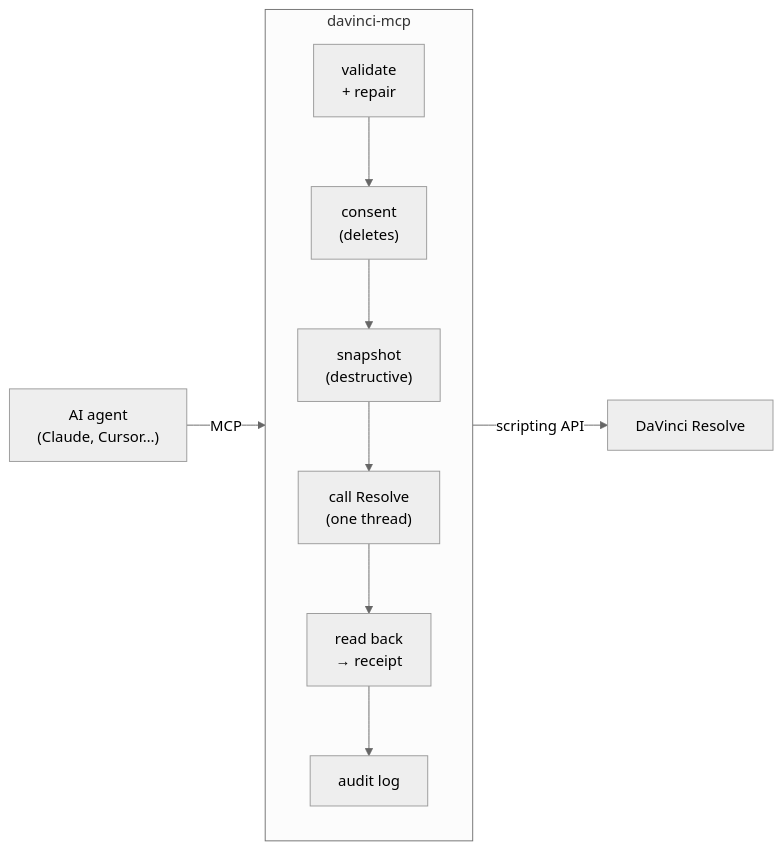
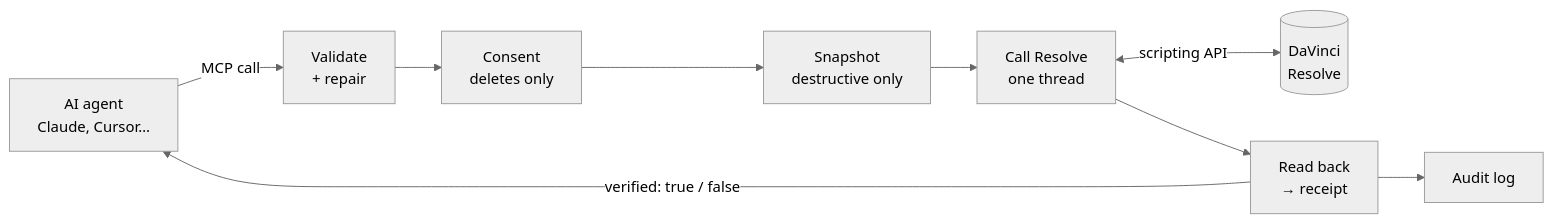
Before and after one commit to Aedelon/davinci-mcp: the diagram in README.md, drawn with Mermaid (neutral theme).

Commit message:
docs: simpler architecture diagram that renders on GitHub

````diff
--- a/README.md
+++ b/README.md
@@ -111,9 +111,11 @@
 ```mermaid
 flowchart LR
-    A["AI agent<br/>(Claude, Cursor…)"] -- MCP --> S["davinci-mcp"]
-    subgraph S["davinci-mcp"]
-      direction TB
-      V["validate<br/>+ repair"] --> C["consent<br/>(deletes)"] --> N["snapshot<br/>(destructive)"] --> X["call Resolve<br/>(one thread)"] --> R["read back<br/>→ receipt"] --> L["audit log"]
-    end
-    S -- "scripting API" --> D["DaVinci Resolve"]
+    A["AI agent<br/>Claude, Cursor…"] -->|MCP call| V["Validate<br/>+ repair"]
+    V --> C["Consent<br/>deletes only"]
+    C --> N["Snapshot<br/>destructive only"]
+    N --> X["Call Resolve<br/>one thread"]
+    X <-->|scripting API| D[("DaVinci<br/>Resolve")]
+    X --> R["Read back<br/>→ receipt"]
+    R --> L["Audit log"]
+    R -->|"verified: true / false"| A
 ```
````
